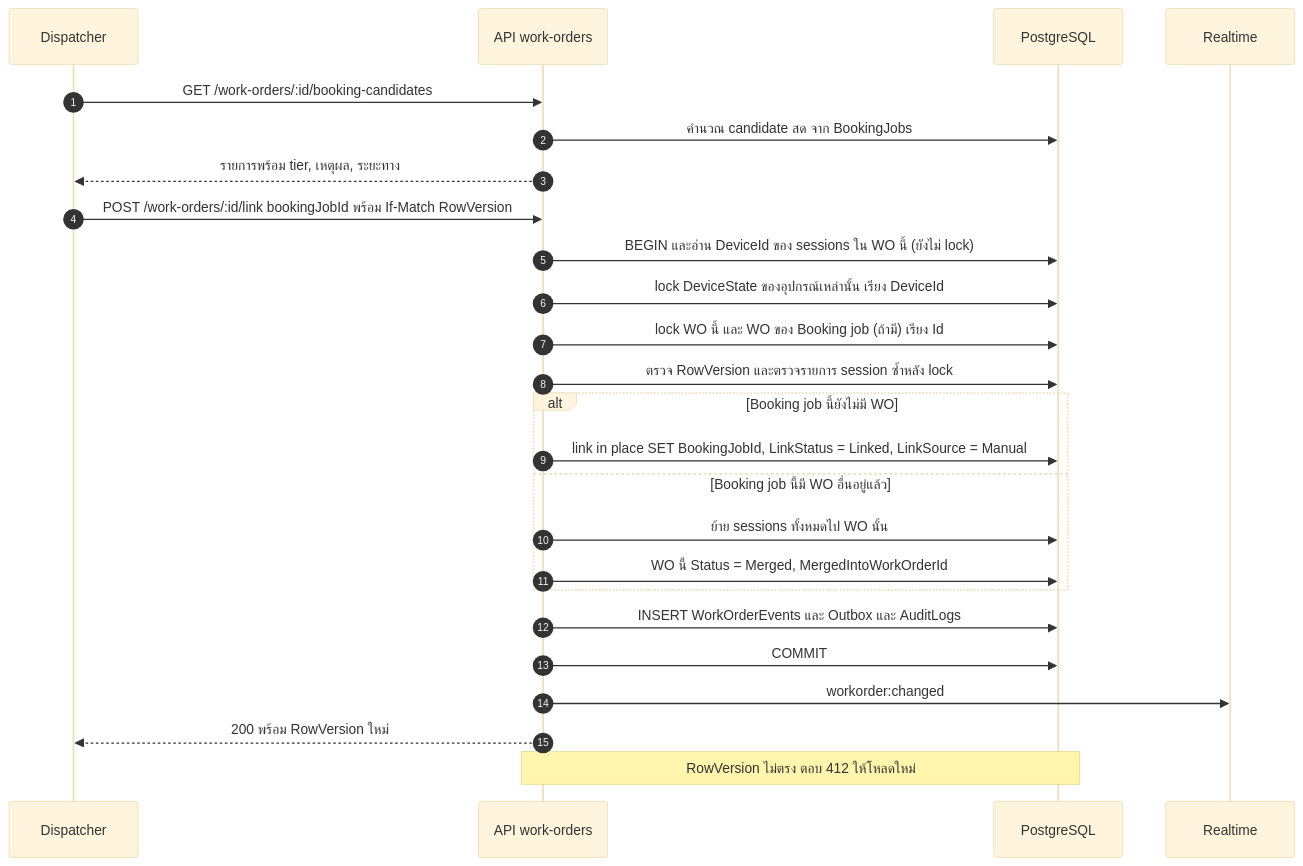
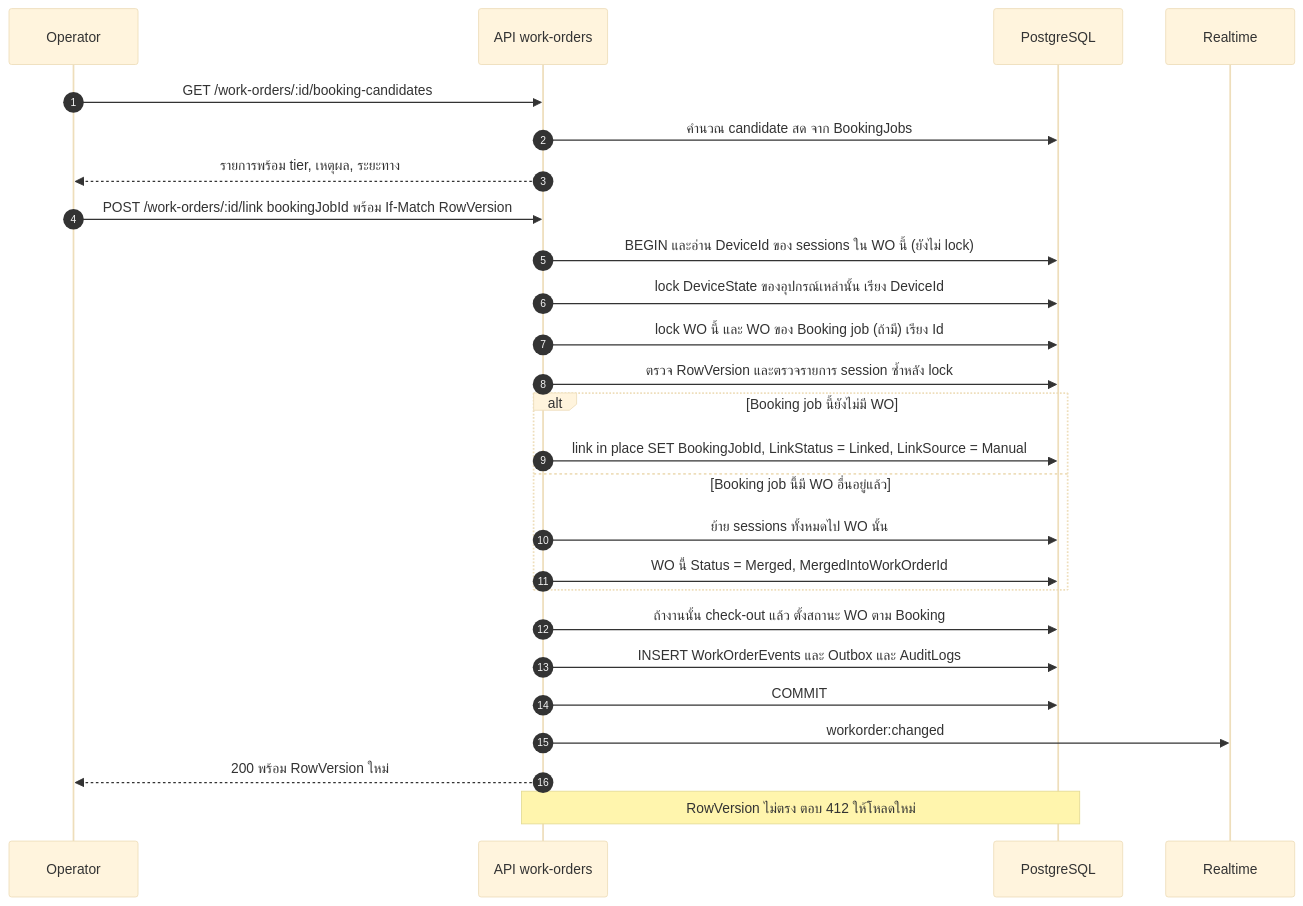
The fifth of 12 diagrams in docs/blueprint/03-business-workflows.md (b-werayut/psd-bodycam-v1.0), drawn with Mermaid (base theme) before and after one commit. The commit also changed other lines of this file and 8 other files, not shown here.

````diff
--- a/docs/blueprint/03-business-workflows.md
+++ b/docs/blueprint/03-business-workflows.md
@@ -166,28 +183,29 @@
 ```mermaid
 sequenceDiagram
   autonumber
-  participant OP as Dispatcher
+  participant OP as Operator
   participant API as API work-orders
   participant DB as PostgreSQL
   participant RT as Realtime
 
   OP->>API: GET /work-orders/:id/booking-candidates
   API->>DB: คำนวณ candidate สด จาก BookingJobs
   API-->>OP: รายการพร้อม tier, เหตุผล, ระยะทาง
   OP->>API: POST /work-orders/:id/link bookingJobId พร้อม If-Match RowVersion
   API->>DB: BEGIN และอ่าน DeviceId ของ sessions ใน WO นี้ (ยังไม่ lock)
   API->>DB: lock DeviceState ของอุปกรณ์เหล่านั้น เรียง DeviceId
   API->>DB: lock WO นี้ และ WO ของ Booking job (ถ้ามี) เรียง Id
   API->>DB: ตรวจ RowVersion และตรวจรายการ session ซ้ำหลัง lock
   alt Booking job นี้ยังไม่มี WO
     API->>DB: link in place SET BookingJobId, LinkStatus = Linked, LinkSource = Manual
   else Booking job นี้มี WO อื่นอยู่แล้ว
     API->>DB: ย้าย sessions ทั้งหมดไป WO นั้น
     API->>DB: WO นี้ Status = Merged, MergedIntoWorkOrderId
   end
+  API->>DB: ถ้างานนั้น check-out แล้ว ตั้งสถานะ WO ตาม Booking
   API->>DB: INSERT WorkOrderEvents และ Outbox และ AuditLogs
   API->>DB: COMMIT
   API->>RT: workorder:changed
   API-->>OP: 200 พร้อม RowVersion ใหม่
   Note over API,DB: RowVersion ไม่ตรง ตอบ 412 ให้โหลดใหม่
 ```
````
